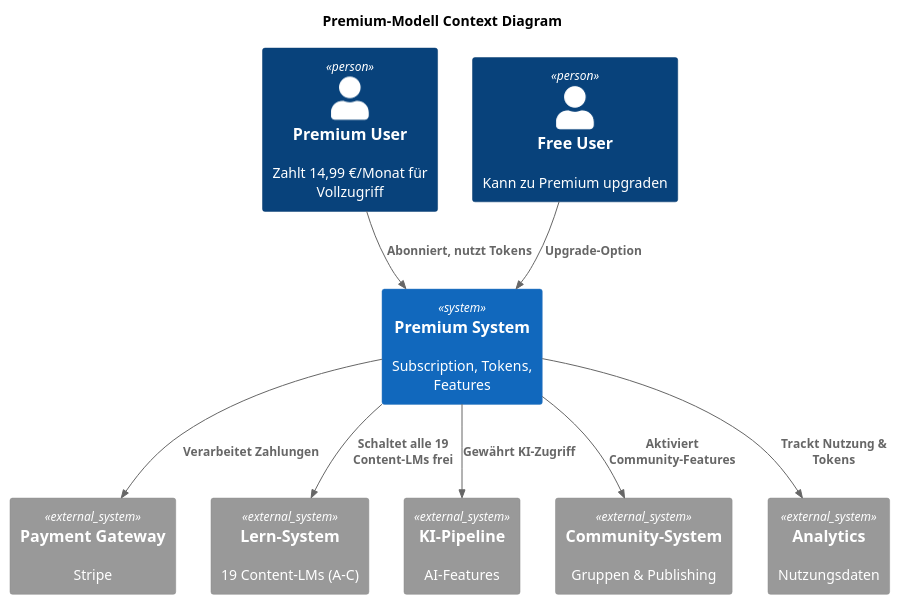
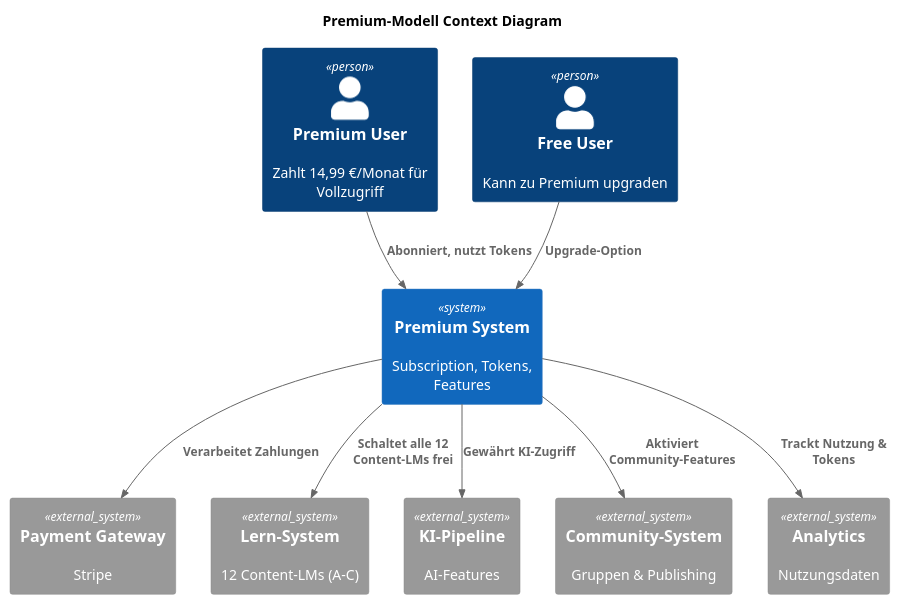
One commit to flokflok1/lernseite changed the second of 21 diagrams in LernsystemX-Doku/02_Business/01_Premium-Modell.md. Above: the diagram before and after it, drawn with PlantUML. The commit also changed other lines of this file and 1490 other files, not shown here.

````diff
--- a/LernsystemX-Doku/02_Business/01_Premium-Modell.md
+++ b/LernsystemX-Doku/02_Business/01_Premium-Modell.md
@@ -59,28 +59,28 @@
 ```plantuml
 @startuml
 !include <C4/C4_Context>
 
 title Premium-Modell Context Diagram
 
 Person(premium_user, "Premium User", "Zahlt 14,99 €/Monat für Vollzugriff")
 Person(free_user, "Free User", "Kann zu Premium upgraden")
 
 System(premium_system, "Premium System", "Subscription, Tokens, Features")
 
 System_Ext(payment, "Payment Gateway", "Stripe")
-System_Ext(learning, "Lern-System", "19 Content-LMs (A-C)")
+System_Ext(learning, "Lern-System", "12 Content-LMs (A-C)")
 System_Ext(ai_pipeline, "KI-Pipeline", "AI-Features")
 System_Ext(community, "Community-System", "Gruppen & Publishing")
 System_Ext(analytics, "Analytics", "Nutzungsdaten")
 
 Rel(premium_user, premium_system, "Abonniert, nutzt Tokens")
 Rel(free_user, premium_system, "Upgrade-Option")
 
 Rel(premium_system, payment, "Verarbeitet Zahlungen")
-Rel(premium_system, learning, "Schaltet alle 19 Content-LMs frei")
+Rel(premium_system, learning, "Schaltet alle 12 Content-LMs frei")
 Rel(premium_system, ai_pipeline, "Gewährt KI-Zugriff")
 Rel(premium_system, community, "Aktiviert Community-Features")
 Rel(premium_system, analytics, "Trackt Nutzung & Tokens")
 
 @enduml
 ```
````
